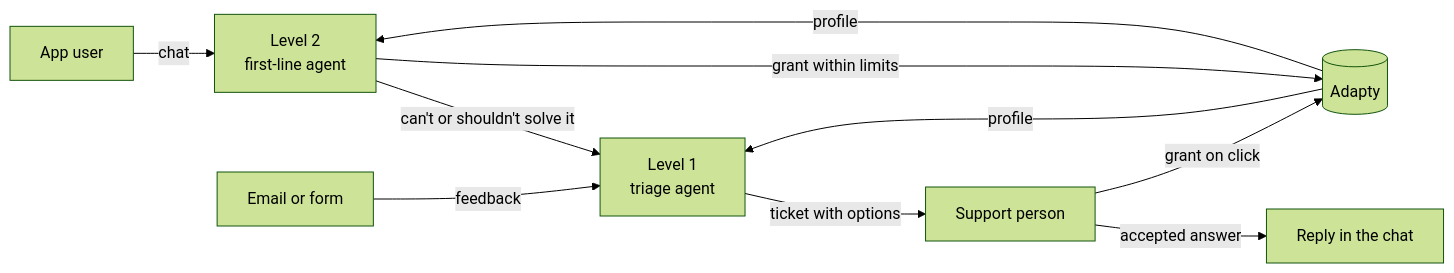
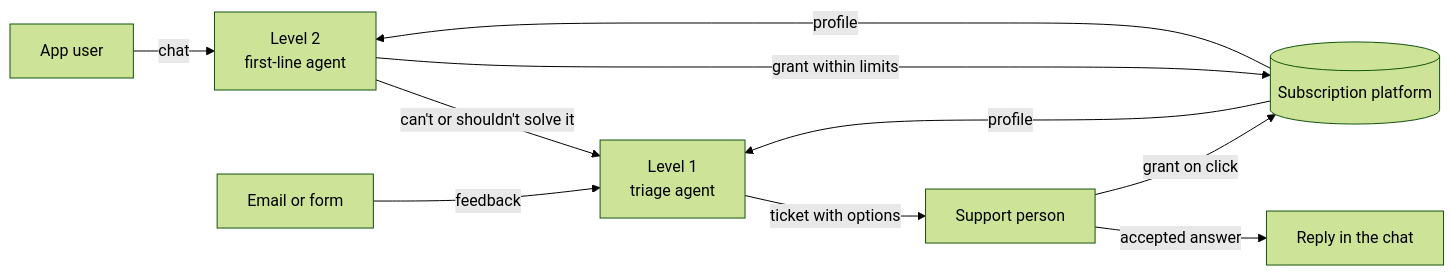
One commit to svezhest/adapty-hackathon changed the diagram in README.md. Above: the diagram before and after it, drawn with Mermaid (forest theme). The commit also changed other lines of this file and 23 other files, not shown here.

````diff
--- a/README.md
+++ b/README.md
@@ -49,12 +49,12 @@
 ```mermaid
 flowchart LR
     U[App user] -->|chat| L2[Level 2<br>first-line agent]
     F[Email or form] -->|feedback| L1
     L2 -->|can't or shouldn't solve it| L1[Level 1<br>triage agent]
     L1 -->|ticket with options| P[Support person]
     P -->|accepted answer| L2C[Reply in the chat]
-    L2 -->|grant within limits| A[(Adapty)]
+    L2 -->|grant within limits| A[(Subscription platform)]
     P -->|grant on click| A
     A -->|profile| L2
     A -->|profile| L1
 ```
````
